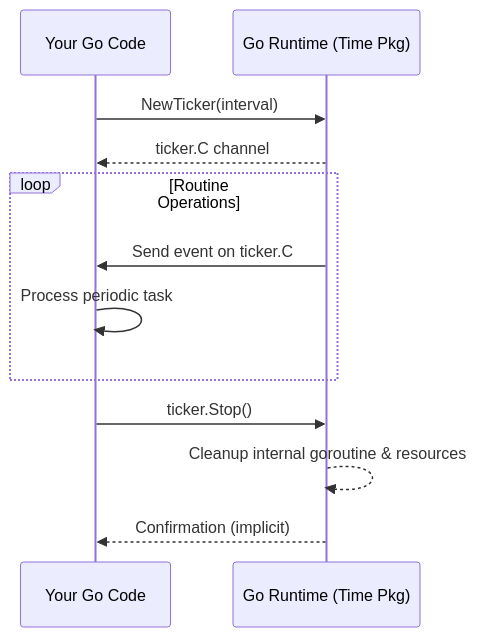
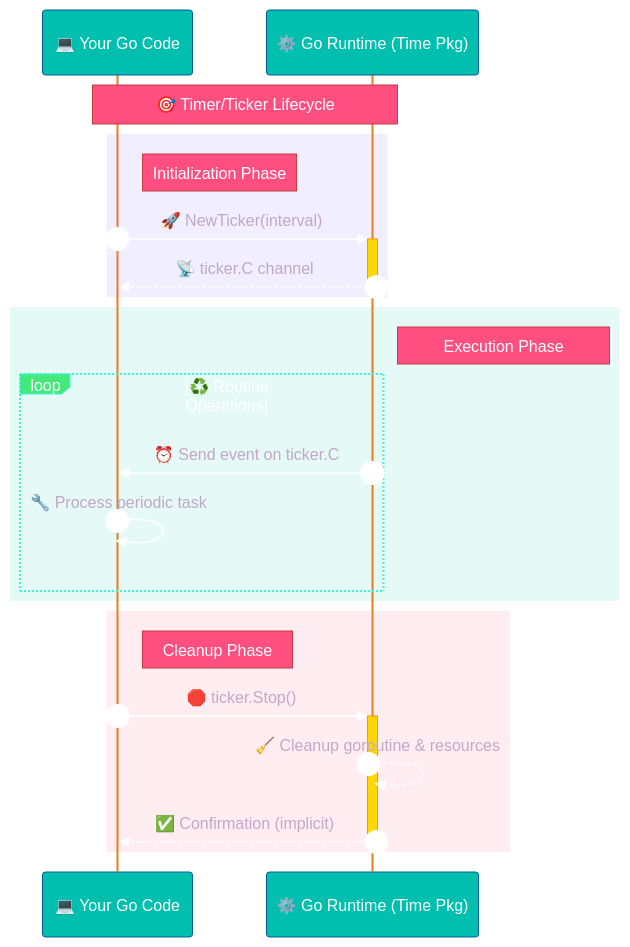
Before and after one commit to infoyouth/infoyouth.github.io: the fourth of 5 diagrams in _posts/go/2025-12-04-20.-working-with-time.md, drawn with Mermaid. The commit also changed other lines of this file, not shown here.

First line of the commit message:
feat: Apply BLOG-REVIEW-RULES to Go post 20 (Working with Time)

````diff
--- a/_posts/go/2025-12-04-20.-working-with-time.md
+++ b/_posts/go/2025-12-04-20.-working-with-time.md
@@ -240,14 +267,55 @@
 ```mermaid
+%%{init: {'theme':'base', 'themeVariables': { 
+  'primaryColor':'#ff4f81',
+  'primaryTextColor':'#fff',
+  'primaryBorderColor':'#c43e3e',
+  'lineColor':'#e67e22',
+  'secondaryColor':'#6b5bff',
+  'tertiaryColor':'#ffd700',
+  'noteBkgColor':'#ff4f81',
+  'noteTextColor':'#fff',
+  'noteBorderColor':'#c43e3e',
+  'actorBkg':'#00bfae',
+  'actorBorder':'#005f99',
+  'actorTextColor':'#fff',
+  'actorLineColor':'#e67e22',
+  'signalColor':'#fff',
+  'signalTextColor':'#c3a7c7ff',
+  'labelBoxBkgColor':'#43e97b',
+  'labelBoxBorderColor':'#38f9d7',
+  'labelTextColor':'#fff',
+  'loopTextColor':'#fff',
+  'activationBorderColor':'#ff9800',
+  'activationBkgColor':'#ffd700',
+  'sequenceNumberColor':'#fff',
+  'fontSize':'18px',
+  'fontFamily':'Trebuchet MS, Verdana, Arial, sans-serif'
+}}}%%
 sequenceDiagram
-    participant YourCode as Your Go Code
-    participant GoRuntime as Go Runtime (Time Pkg)
-    YourCode->>GoRuntime: NewTicker(interval)
-    GoRuntime-->>YourCode: ticker.C channel
-    loop Routine Operations
-        GoRuntime->>YourCode: Send event on ticker.C
-        YourCode->>YourCode: Process periodic task
+    autonumber
+    participant YourCode as 💻 Your Go Code
+    participant GoRuntime as ⚙️ Go Runtime (Time Pkg)
+    
+    Note over YourCode,GoRuntime: 🎯 Timer/Ticker Lifecycle
+    
+    rect rgb(107, 91, 255, .1)
+    Note right of YourCode: Initialization Phase
+    YourCode->>+GoRuntime: 🚀 NewTicker(interval)
+    GoRuntime-->>-YourCode: 📡 ticker.C channel
     end
-    YourCode->>GoRuntime: ticker.Stop()
-    GoRuntime-->>GoRuntime: Cleanup internal goroutine & resources
-    GoRuntime-->>YourCode: Confirmation (implicit)
+    
+    rect rgb(0, 191, 174, .1)
+    Note right of GoRuntime: Execution Phase
+    loop ♻️ Routine Operations
+        GoRuntime->>YourCode: ⏰ Send event on ticker.C
+        YourCode->>YourCode: 🔧 Process periodic task
+    end
+    end
+    
+    rect rgb(255, 79, 129, .1)
+    Note right of YourCode: Cleanup Phase
+    YourCode->>+GoRuntime: 🛑 ticker.Stop()
+    GoRuntime-->>GoRuntime: 🧹 Cleanup goroutine & resources
+    GoRuntime-->>-YourCode: ✅ Confirmation (implicit)
+    end
 ```
````
